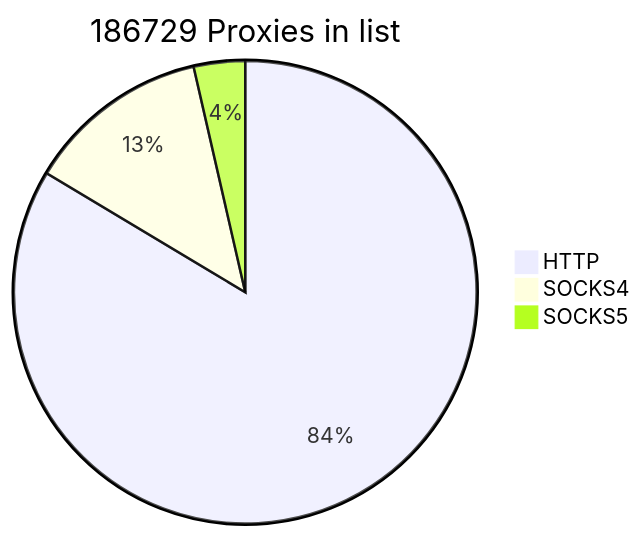
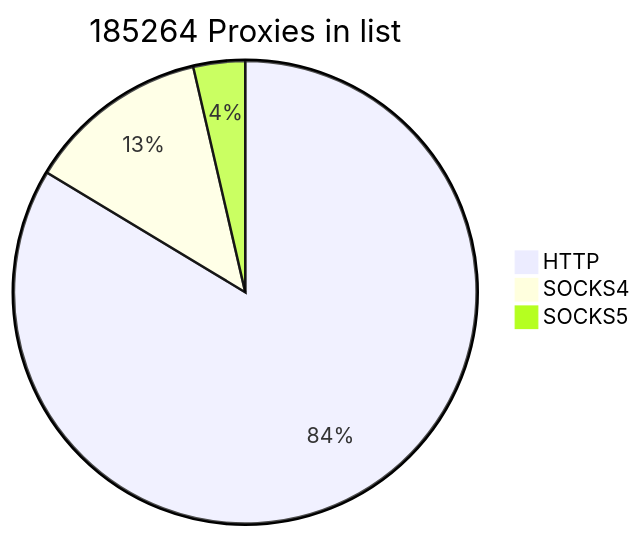
Before and after one commit to cutipu/proxylist: the first of 2 diagrams in README.md, drawn with Mermaid. The commit also changed other lines of this file, not shown here.

````diff
--- a/README.md
+++ b/README.md
@@ -2,7 +2,7 @@
 ```mermaid
-pie title 186729 Proxies in list
-    "HTTP" : 156092
-    "SOCKS4" : 23944
-    "SOCKS5" : 6693
+pie title 185264 Proxies in list
+    "HTTP" : 154967
+    "SOCKS4" : 23607
+    "SOCKS5" : 6690
             
 ```
````
